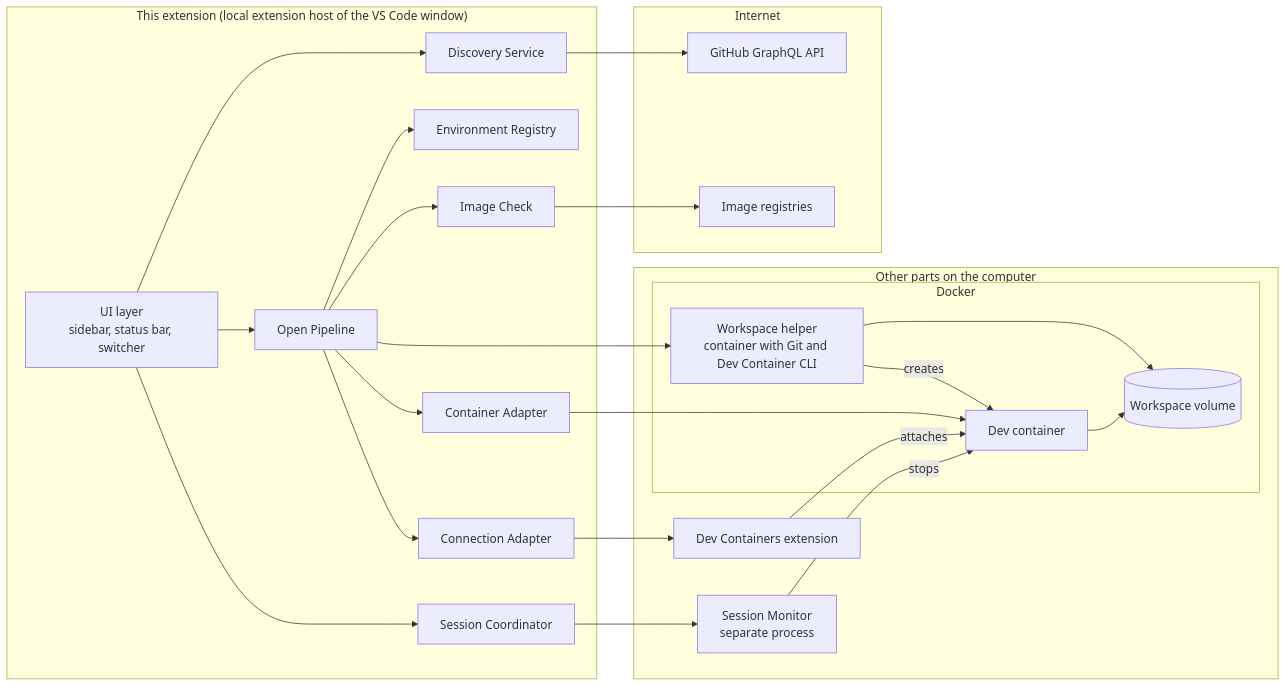
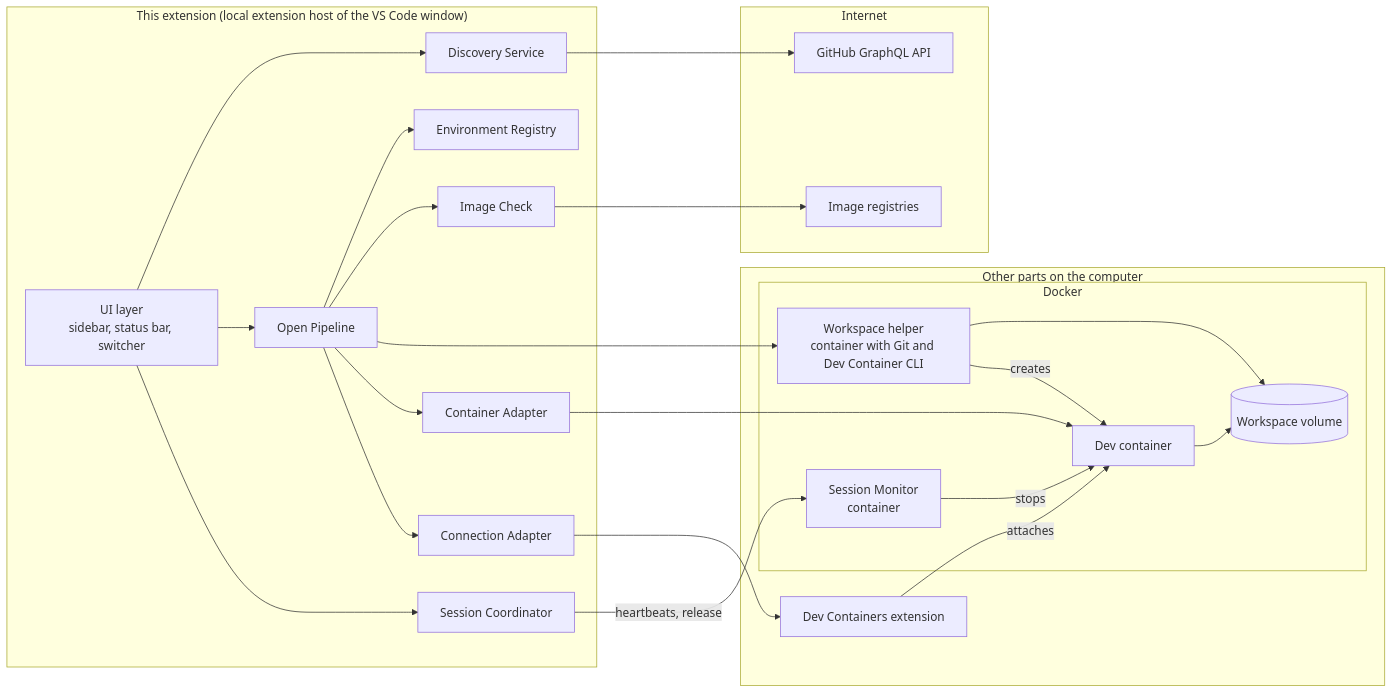
Before and after one commit to nimblescape/vscode-dev-environments: the first of 3 diagrams in docs/vscode-dev-environments.md, drawn with Mermaid. The commit also changed other lines of this file and 59 other files, not shown here.

First line of the commit message:
Release the environment on close and switch from the window and remove the local Session Monitor (plan step 8, PR C) (#87)

````diff
--- a/docs/vscode-dev-environments.md
+++ b/docs/vscode-dev-environments.md
@@ -349,45 +349,45 @@
 ```mermaid
 flowchart LR
   subgraph W["This extension (local extension host of the VS Code window)"]
     UI["UI layer<br/>sidebar, status bar, switcher"]
     DS["Discovery Service"]
     OP["Open Pipeline"]
     ER["Environment Registry"]
     IC["Image Check"]
     CA["Container Adapter"]
     CON["Connection Adapter"]
     SC["Session Coordinator"]
   end
   subgraph L["Other parts on the computer"]
-    SM["Session Monitor<br/>separate process"]
     DC["Dev Containers extension"]
     subgraph DK["Docker"]
+      SM["Session Monitor<br/>container"]
       WH["Workspace helper<br/>container with Git and Dev Container CLI"]
       V[("Workspace volume")]
       DEV["Dev container"]
     end
   end
   subgraph I["Internet"]
     GH["GitHub GraphQL API"]
     REG["Image registries"]
   end
 
   UI --> DS
   UI --> OP
   UI --> SC
   DS --> GH
   OP --> ER
   OP --> IC
   OP --> WH
   OP --> CA
   OP --> CON
   IC --> REG
   WH --> V
   WH -- "creates" --> DEV
   DEV --> V
   CA --> DEV
   CON --> DC
   DC -- "attaches" --> DEV
-  SC --> SM
+  SC -- "heartbeats, release" --> SM
   SM -- "stops" --> DEV
 ```
````
